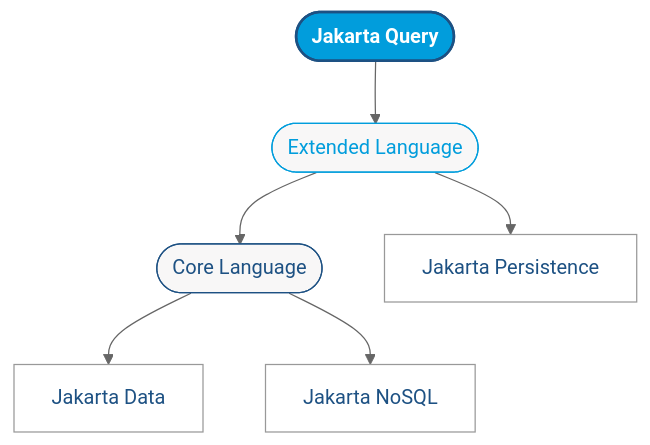
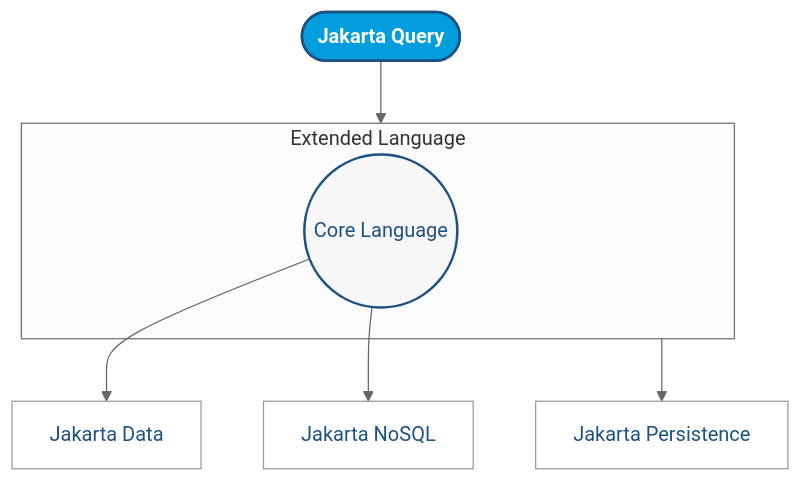
One commit to jakartaee/query changed the second of 3 diagrams in README.md. Above: the diagram before and after it, drawn with Mermaid (neutral theme).

Commit message:
docs: restructure mermaid diagram for Extended Language in Jakarta Query

````diff
--- a/README.md
+++ b/README.md
@@ -31,19 +31,18 @@
 ```mermaid
 graph TB
     JQ([Jakarta Query]):::main
 
-    Core([Core Language]):::core
-    Ext([Extended Language]):::ext
+    subgraph Extended["Extended Language"]
+        Core((Core Language)):::core
+    end
 
     Core --> JD[Jakarta Data]:::spec
     Core --> JN[Jakarta NoSQL]:::spec
-    Ext --> JP[Jakarta Persistence]:::spec
+    Extended --> JP[Jakarta Persistence]:::spec
 
-    JQ --> Ext
-    Ext --> Core
+    JQ --> Extended
 
     classDef main fill:#019DDC,stroke:#1D5183,stroke-width:2px,color:#fff,font-weight:bold
-    classDef core fill:#F8F7F7,stroke:#1D5183,stroke-width:1px,color:#1D5183
-    classDef ext fill:#F8F7F7,stroke:#019DDC,stroke-width:1px,color:#019DDC
+    classDef core fill:#F8F7F7,stroke:#1D5183,stroke-width:2px,color:#1D5183
     classDef spec fill:#ffffff,stroke:#999,stroke-width:1px,color:#1D5183
 ```
````
